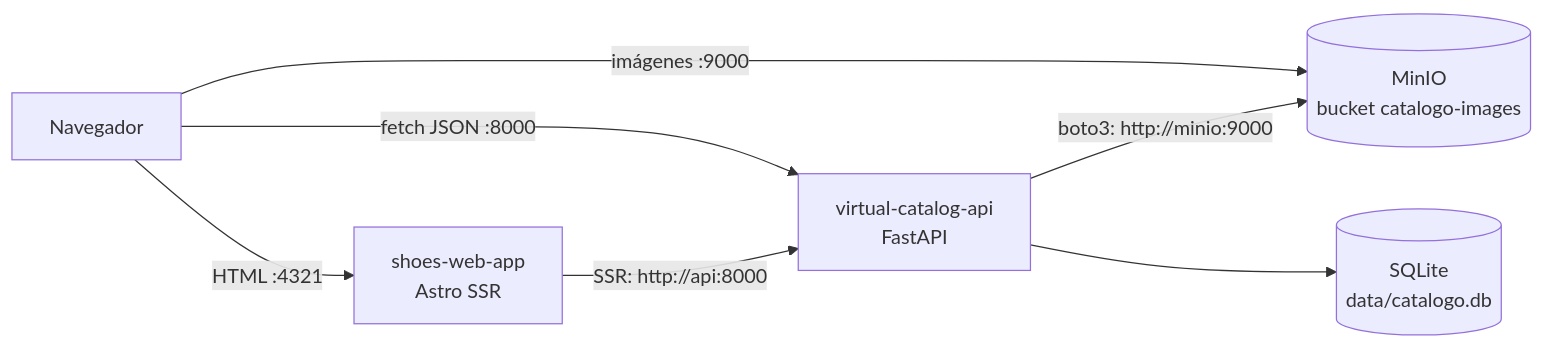
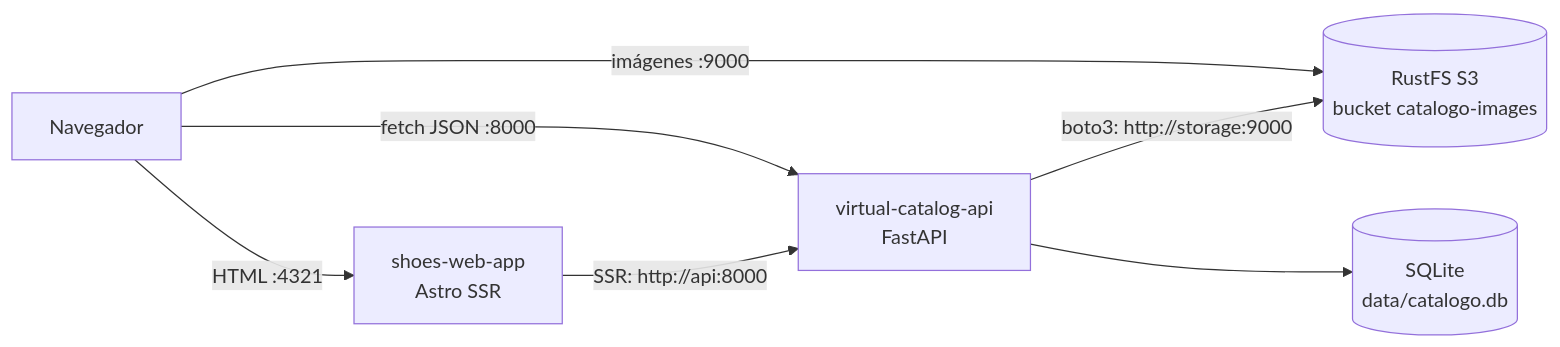
Before and after one commit to soyeison/virtual-shoes-catalog: the diagram in README.md, drawn with Mermaid. The commit also changed other lines of this file and 2 other files, not shown here.

Commit message:
Update root docs for RustFS storage services

````diff
--- a/README.md
+++ b/README.md
@@ -14,9 +14,9 @@
 ```mermaid
 flowchart LR
     U[Navegador] -->|HTML :4321| WEB[shoes-web-app<br/>Astro SSR]
     U -->|fetch JSON :8000| API[virtual-catalog-api<br/>FastAPI]
-    U -->|imágenes :9000| MINIO[(MinIO<br/>bucket catalogo-images)]
+    U -->|imágenes :9000| STORAGE[(RustFS S3<br/>bucket catalogo-images)]
     WEB -->|SSR: http://api:8000| API
-    API -->|boto3: http://minio:9000| MINIO
+    API -->|boto3: http://storage:9000| STORAGE
     API --> DB[(SQLite<br/>data/catalogo.db)]
 ```
````
